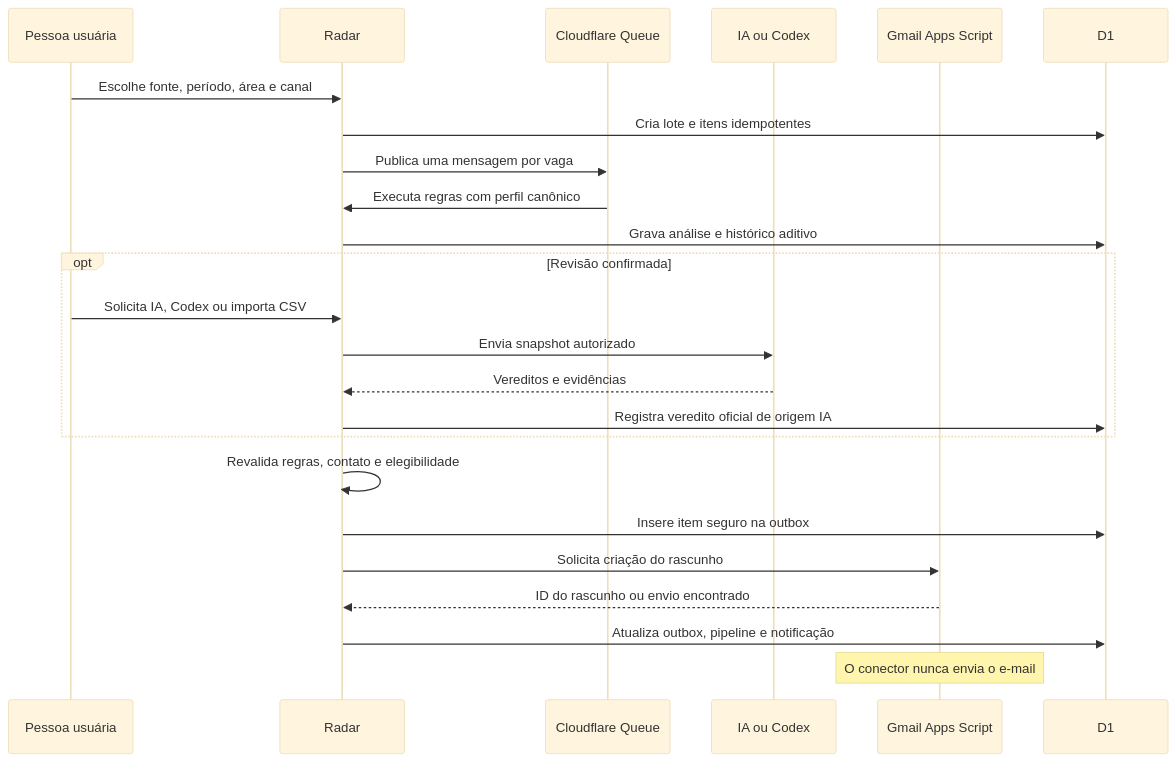
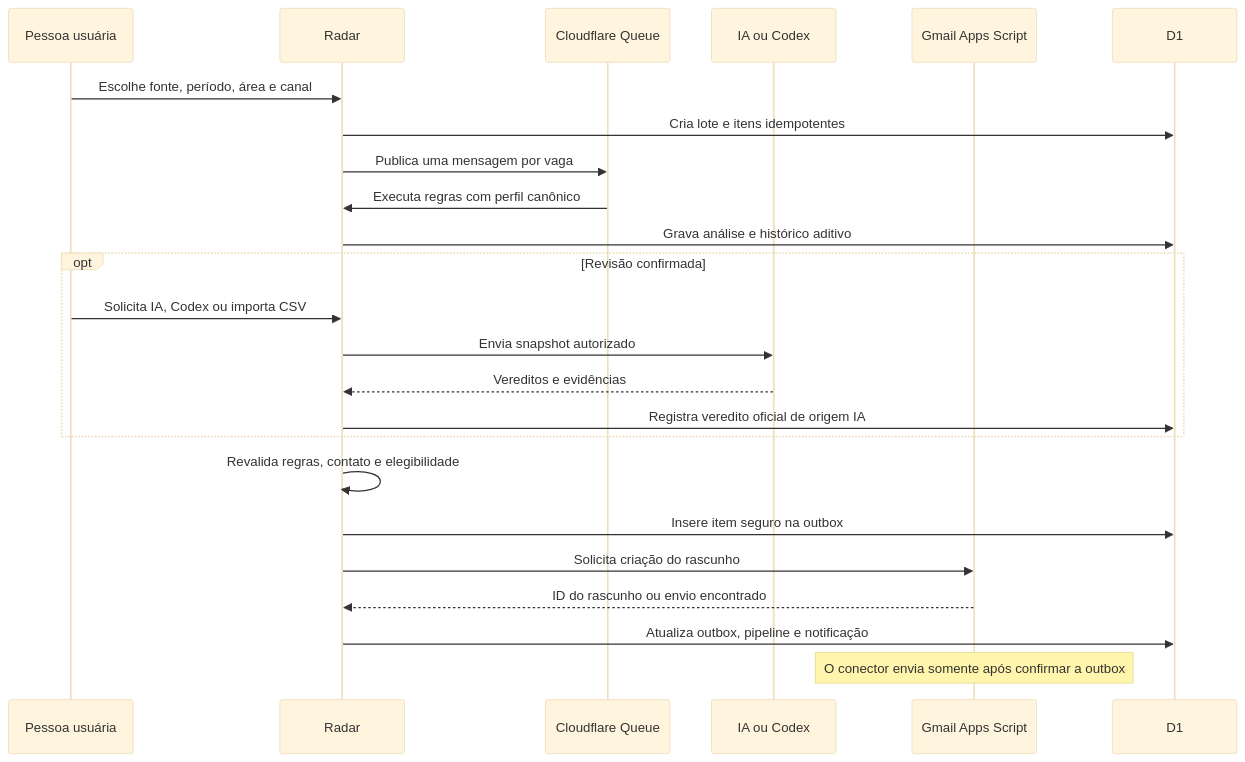
One commit to al-ramos/radar-carreira-platform changed the third of 4 diagrams in docs/visao-completa-do-projeto.md. Above: the diagram before and after it, drawn with Mermaid (base theme). The commit also changed other lines of this file and 25 other files, not shown here.

````diff
--- a/docs/visao-completa-do-projeto.md
+++ b/docs/visao-completa-do-projeto.md
@@ -665,27 +665,27 @@
 ```mermaid
 sequenceDiagram
     participant U as Pessoa usuária
     participant R as Radar
     participant Q as Cloudflare Queue
     participant A as IA ou Codex
     participant G as Gmail Apps Script
     participant D as D1
 
     U->>R: Escolhe fonte, período, área e canal
     R->>D: Cria lote e itens idempotentes
     R->>Q: Publica uma mensagem por vaga
     Q->>R: Executa regras com perfil canônico
     R->>D: Grava análise e histórico aditivo
     opt Revisão confirmada
         U->>R: Solicita IA, Codex ou importa CSV
         R->>A: Envia snapshot autorizado
         A-->>R: Vereditos e evidências
         R->>D: Registra veredito oficial de origem IA
     end
     R->>R: Revalida regras, contato e elegibilidade
     R->>D: Insere item seguro na outbox
     R->>G: Solicita criação do rascunho
     G-->>R: ID do rascunho ou envio encontrado
     R->>D: Atualiza outbox, pipeline e notificação
-    Note over G: O conector nunca envia o e-mail
+    Note over G: O conector envia somente após confirmar a outbox
 ```
````
